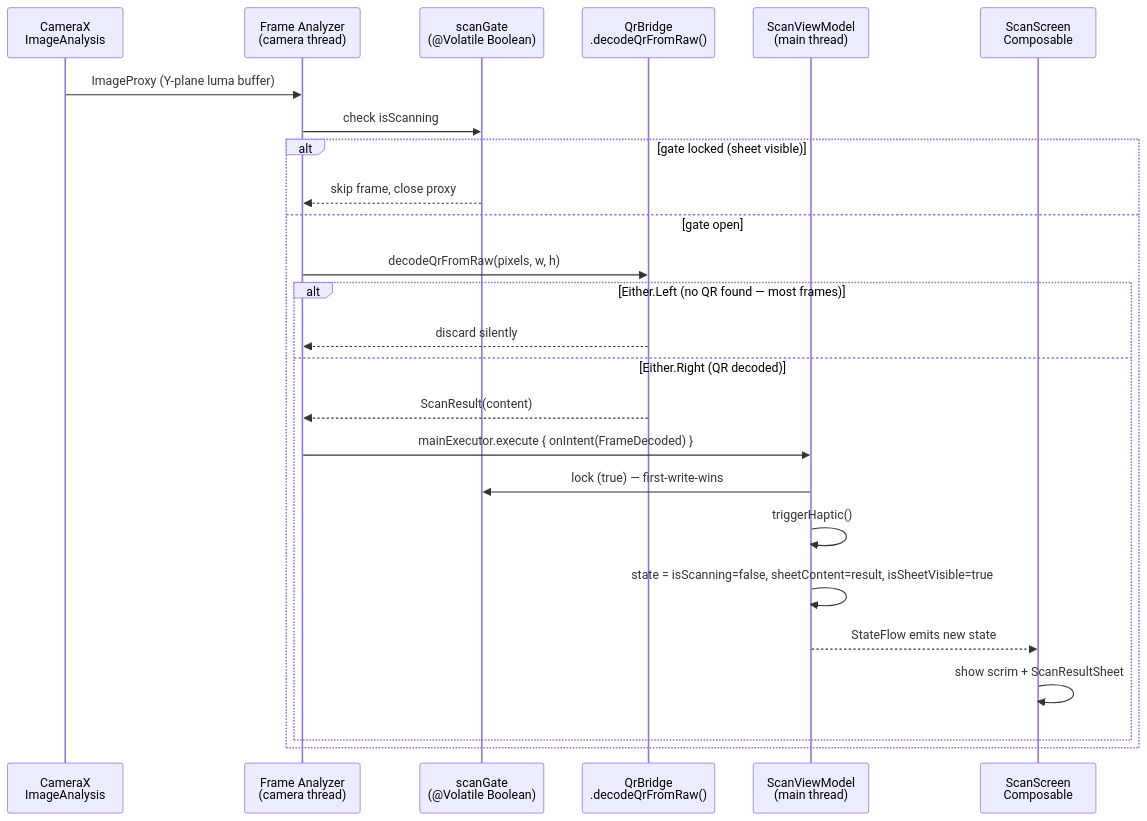
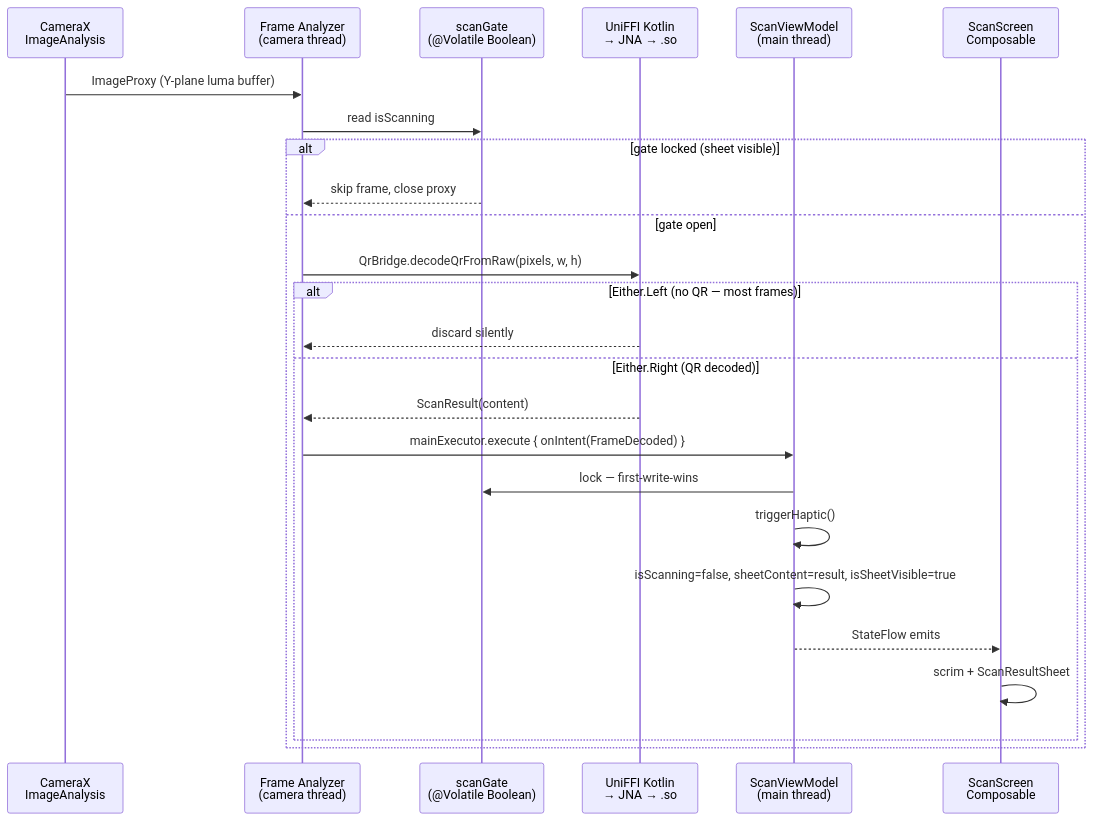
One commit to prasannajeet/RustyQR changed the first of 3 diagrams in composeApp/README.md. Above: the diagram before and after it, drawn with Mermaid. The commit also changed other lines of this file and 69 other files, not shown here.

````diff
--- a/composeApp/README.md
+++ b/composeApp/README.md
@@ -145,28 +54,28 @@
 ```mermaid
 sequenceDiagram
     participant CAM as CameraX<br/>ImageAnalysis
     participant ANA as Frame Analyzer<br/>(camera thread)
     participant GATE as scanGate<br/>(@Volatile Boolean)
-    participant RUST as QrBridge<br/>.decodeQrFromRaw()
+    participant JNI as UniFFI Kotlin<br/>→ JNA → .so
     participant VM as ScanViewModel<br/>(main thread)
     participant UI as ScanScreen<br/>Composable
 
     CAM->>ANA: ImageProxy (Y-plane luma buffer)
-    ANA->>GATE: check isScanning
+    ANA->>GATE: read isScanning
     alt gate locked (sheet visible)
         GATE-->>ANA: skip frame, close proxy
     else gate open
-        ANA->>RUST: decodeQrFromRaw(pixels, w, h)
-        alt Either.Left (no QR found — most frames)
-            RUST-->>ANA: discard silently
+        ANA->>JNI: QrBridge.decodeQrFromRaw(pixels, w, h)
+        alt Either.Left (no QR — most frames)
+            JNI-->>ANA: discard silently
         else Either.Right (QR decoded)
-            RUST-->>ANA: ScanResult(content)
+            JNI-->>ANA: ScanResult(content)
             ANA->>VM: mainExecutor.execute { onIntent(FrameDecoded) }
-            VM->>GATE: lock (true) — first-write-wins
+            VM->>GATE: lock — first-write-wins
             VM->>VM: triggerHaptic()
-            VM->>VM: state = isScanning=false, sheetContent=result, isSheetVisible=true
-            VM-->>UI: StateFlow emits new state
-            UI->>UI: show scrim + ScanResultSheet
+            VM->>VM: isScanning=false, sheetContent=result, isSheetVisible=true
+            VM-->>UI: StateFlow emits
+            UI->>UI: scrim + ScanResultSheet
         end
     end
 ```
````
